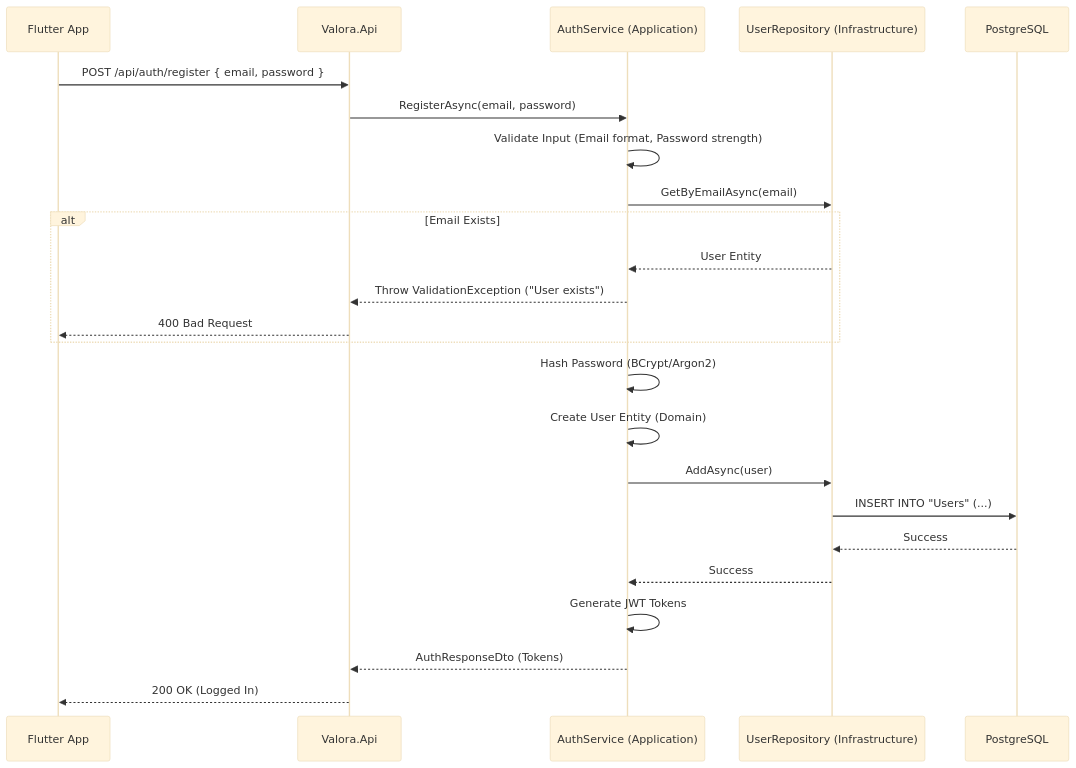
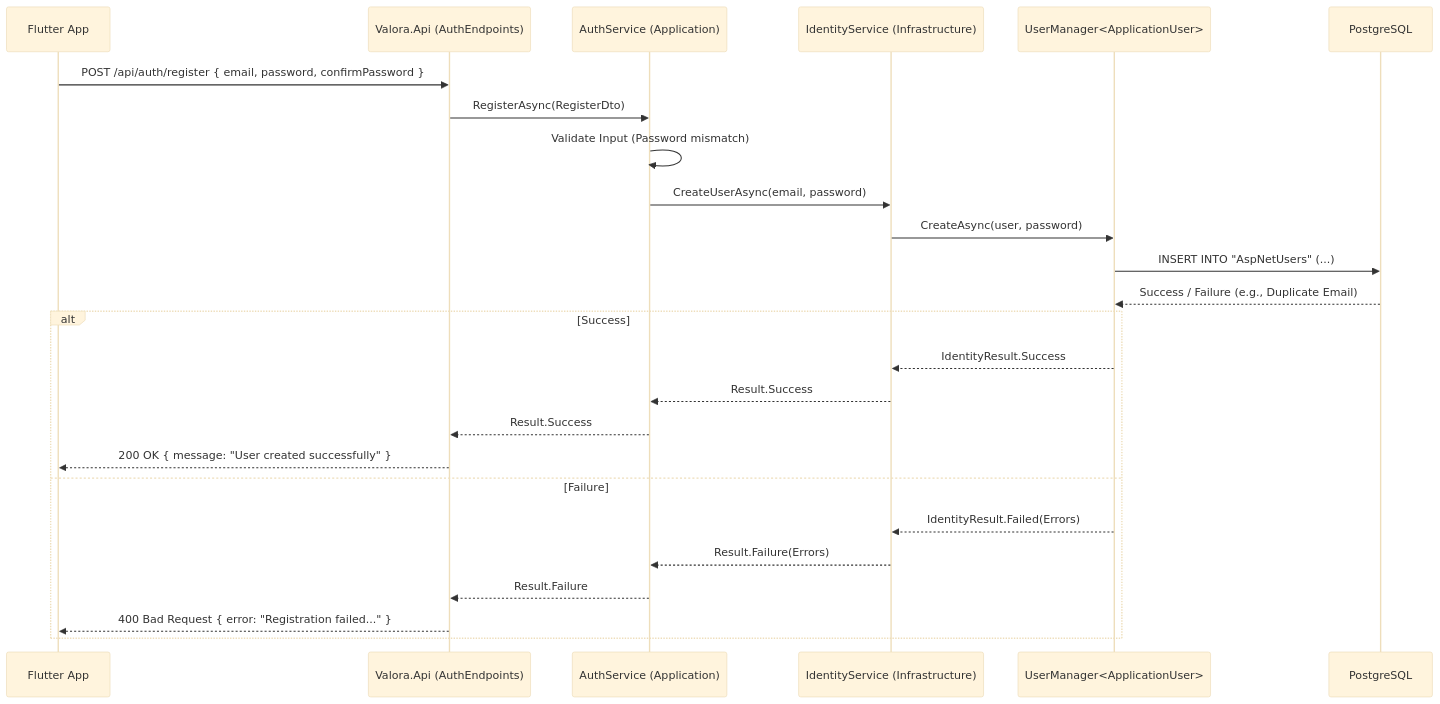
The diagram in docs/onboarding-persistence-flow.md (YKDBontekoe/valora), drawn with Mermaid (base theme) before and after one commit. The commit also changed other lines of this file and 1 other file, not shown here.

Commit message:
docs: update persistence flow and readme based on review
- Updated docs/onboarding-persistence-flow.md to match code implementation (RegisterDto, IdentityService, generic error handling)
- Updated README.md to clarify .env usage vs dotnet user-secrets
- Addressed PR comments regarding documentation divergence and security best practices

````diff
--- a/docs/onboarding-persistence-flow.md
+++ b/docs/onboarding-persistence-flow.md
@@ -9,32 +9,31 @@
 ```mermaid
 sequenceDiagram
     participant Client as Flutter App
-    participant API as Valora.Api
+    participant API as Valora.Api (AuthEndpoints)
     participant Service as AuthService (Application)
-    participant Repo as UserRepository (Infrastructure)
+    participant Identity as IdentityService (Infrastructure)
+    participant UserMgr as UserManager<ApplicationUser>
     participant DB as PostgreSQL
 
-    Client->>API: POST /api/auth/register { email, password }
-    API->>Service: RegisterAsync(email, password)
+    Client->>API: POST /api/auth/register { email, password, confirmPassword }
+    API->>Service: RegisterAsync(RegisterDto)
 
-    Service->>Service: Validate Input (Email format, Password strength)
-    Service->>Repo: GetByEmailAsync(email)
+    Service->>Service: Validate Input (Password mismatch)
+    Service->>Identity: CreateUserAsync(email, password)
 
-    alt Email Exists
-        Repo-->>Service: User Entity
-        Service-->>API: Throw ValidationException ("User exists")
-        API-->>Client: 400 Bad Request
+    Identity->>UserMgr: CreateAsync(user, password)
+    UserMgr->>DB: INSERT INTO "AspNetUsers" (...)
+    DB-->>UserMgr: Success / Failure (e.g., Duplicate Email)
+
+    alt Success
+        UserMgr-->>Identity: IdentityResult.Success
+        Identity-->>Service: Result.Success
+        Service-->>API: Result.Success
+        API-->>Client: 200 OK { message: "User created successfully" }
+    else Failure
+        UserMgr-->>Identity: IdentityResult.Failed(Errors)
+        Identity-->>Service: Result.Failure(Errors)
+        Service-->>API: Result.Failure
+        API-->>Client: 400 Bad Request { error: "Registration failed..." }
     end
-
-    Service->>Service: Hash Password (BCrypt/Argon2)
-    Service->>Service: Create User Entity (Domain)
-
-    Service->>Repo: AddAsync(user)
-    Repo->>DB: INSERT INTO "Users" (...)
-    DB-->>Repo: Success
-    Repo-->>Service: Success
-
-    Service->>Service: Generate JWT Tokens
-    Service-->>API: AuthResponseDto (Tokens)
-    API-->>Client: 200 OK (Logged In)
 ```
````
